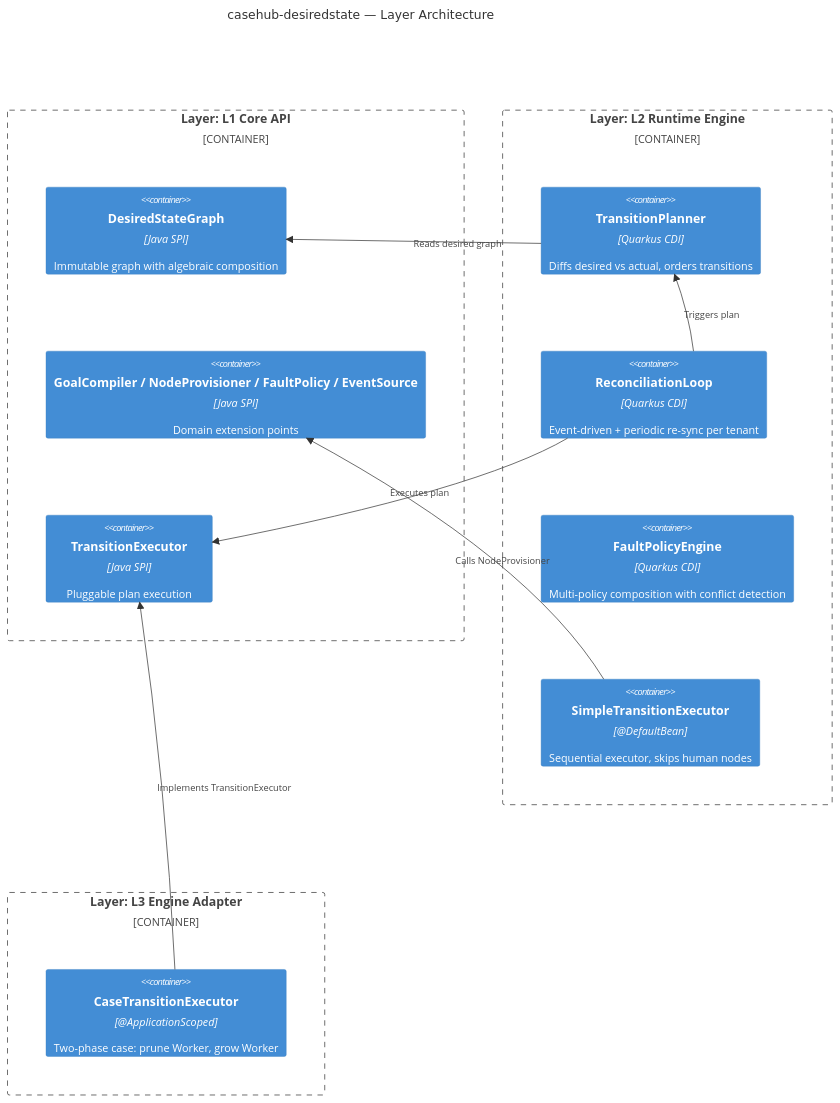
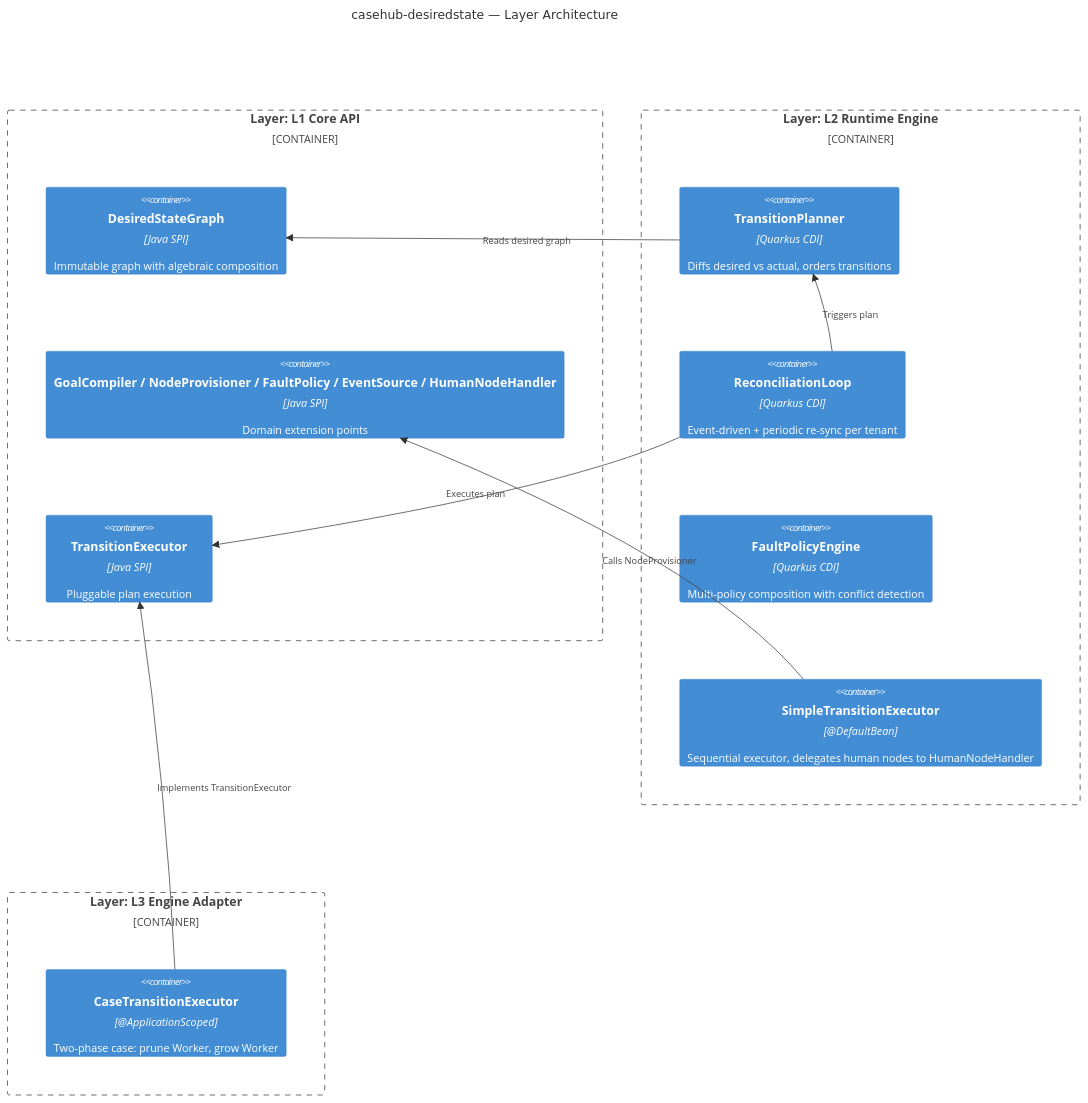
The second of 4 diagrams in ARC42STORIES.MD (mdproctor/casehub-desiredstate), drawn with Mermaid before and after one commit. The commit also changed other lines of this file and 14 other files, not shown here.

First line of the commit message:
feat(#43): HumanNodeHandler SPI + work-adapter — human nodes create WorkItems via WorkItemCreator

````diff
--- a/ARC42STORIES.MD
+++ b/ARC42STORIES.MD
@@ -132,27 +132,27 @@
 ```mermaid
 C4Container
   title casehub-desiredstate — Layer Architecture
 
   Container_Boundary(b1, "Layer: L1 Core API") {
     Container(api_graph, "DesiredStateGraph", "Java SPI", "Immutable graph with algebraic composition")
-    Container(api_spis, "GoalCompiler / NodeProvisioner / FaultPolicy / EventSource", "Java SPI", "Domain extension points")
+    Container(api_spis, "GoalCompiler / NodeProvisioner / FaultPolicy / EventSource / HumanNodeHandler", "Java SPI", "Domain extension points")
     Container(api_exec, "TransitionExecutor", "Java SPI", "Pluggable plan execution")
   }
 
   Container_Boundary(b2, "Layer: L2 Runtime Engine") {
     Container(planner, "TransitionPlanner", "Quarkus CDI", "Diffs desired vs actual, orders transitions")
     Container(loop, "ReconciliationLoop", "Quarkus CDI", "Event-driven + periodic re-sync per tenant")
     Container(fault, "FaultPolicyEngine", "Quarkus CDI", "Multi-policy composition with conflict detection")
-    Container(simple, "SimpleTransitionExecutor", "@DefaultBean", "Sequential executor, skips human nodes")
+    Container(simple, "SimpleTransitionExecutor", "@DefaultBean", "Sequential executor, delegates human nodes to HumanNodeHandler")
   }
 
   Container_Boundary(b3, "Layer: L3 Engine Adapter") {
     Container(case_exec, "CaseTransitionExecutor", "@ApplicationScoped", "Two-phase case: prune Worker, grow Worker")
   }
 
   Rel(planner, api_graph, "Reads desired graph")
   Rel(loop, planner, "Triggers plan")
   Rel(loop, api_exec, "Executes plan")
   Rel(simple, api_spis, "Calls NodeProvisioner")
   Rel(case_exec, api_exec, "Implements TransitionExecutor")
 ```
````
